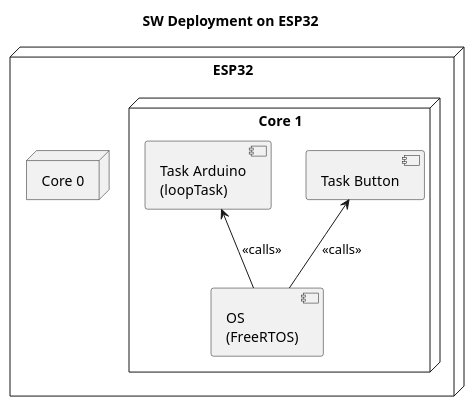
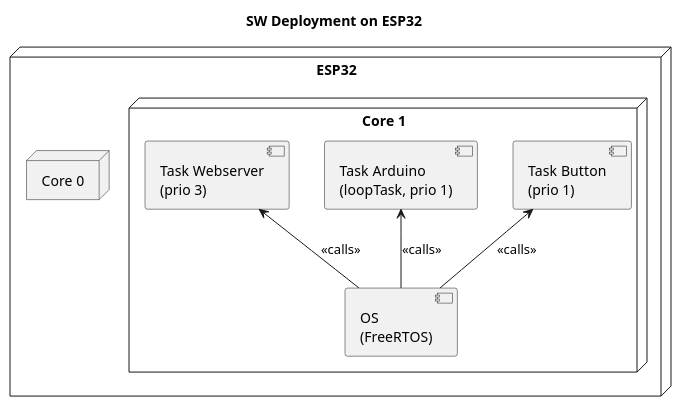
One commit to BlueAndi/Pixelix changed the diagram in doc/design/sw-deployment.plantuml. Above: the diagram before and after it, drawn with PlantUML. The commit also changed 1 other file, not shown here.

Commit message:
Deployment diagram updated, because the webserver is now running in a separate task.

```diff
--- a/doc/design/sw-deployment.plantuml
+++ b/doc/design/sw-deployment.plantuml
@@ -1,22 +1,24 @@
 @startuml
 
 title SW Deployment on ESP32
 
 node "ESP32" {
 
     node "Core 0" {
     }
     
     node "Core 1" {
     
-        component "Task Button" as taskButton
-        component "Task Arduino\n(loopTask)" as taskArduino
+        component "Task Button\n(prio 1)" as taskButton
+        component "Task Arduino\n(loopTask, prio 1)" as taskArduino
+        component "Task Webserver\n(prio 3)" as taskWebServer
         component "OS\n(FreeRTOS)" as os
     
         taskArduino <-- os: <<calls>>
         taskButton <-- os: <<calls>>
+        taskWebServer <-- os: <<calls>>
     }
 
 }
 
 @enduml
```
